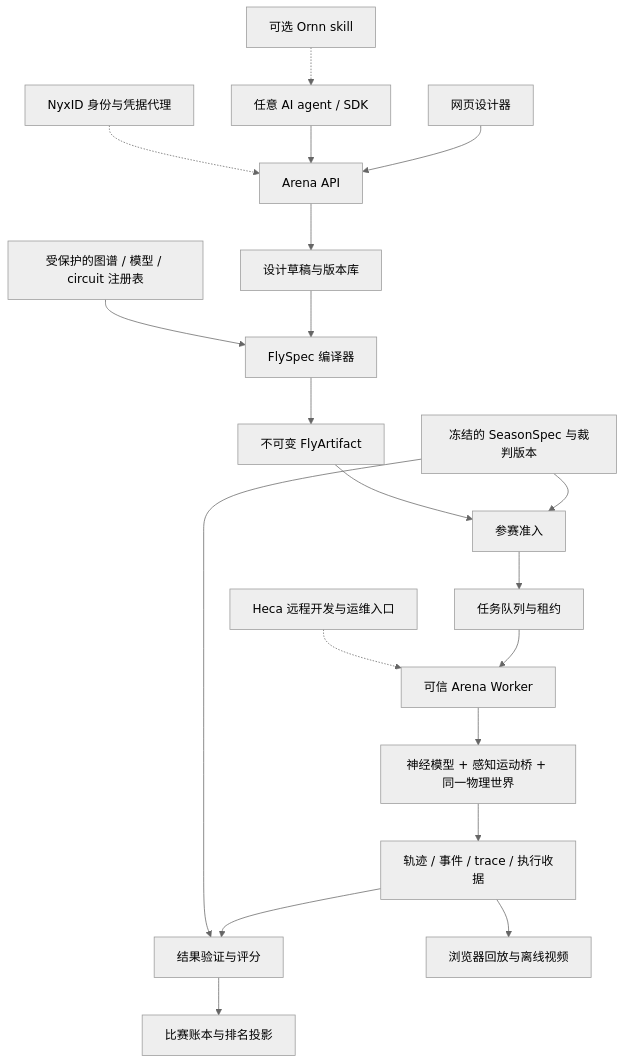
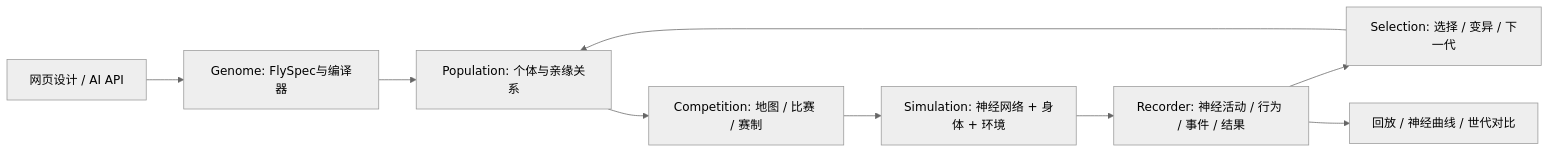
One commit to the-omega-institute/fly-arena changed the diagram in docs/ARCHITECTURE.md. Above: the diagram before and after it, drawn with Mermaid (neutral theme). The commit also changed other lines of this file and 8 other files, not shown here.

````diff
--- a/docs/ARCHITECTURE.md
+++ b/docs/ARCHITECTURE.md
@@ -25,22 +11,11 @@
 ```mermaid
-flowchart TB
-    Web[网页设计器] --> API[Arena API]
-    Agent[任意 AI agent / SDK] --> API
-    Ornn[可选 Ornn skill] -.-> Agent
-    NyxID[NyxID 身份与凭据代理] -.-> API
-    API --> Draft[设计草稿与版本库]
-    Draft --> Compiler[FlySpec 编译器]
-    Registry[受保护的图谱 / 模型 / circuit 注册表] --> Compiler
-    Season[冻结的 SeasonSpec 与裁判版本] --> Admission[参赛准入]
-    Compiler --> Artifact[不可变 FlyArtifact]
-    Artifact --> Admission
-    Admission --> Queue[任务队列与租约]
-    Queue --> Worker[可信 Arena Worker]
-    Worker --> Core[神经模型 + 感知运动桥 + 同一物理世界]
-    Core --> Evidence[轨迹 / 事件 / trace / 执行收据]
-    Evidence --> Judge[结果验证与评分]
-    Season --> Judge
-    Judge --> Ledger[比赛账本与排名投影]
-    Evidence --> Viewer[浏览器回放与离线视频]
-    Heca[Heca 远程开发与运维入口] -.-> Worker
+flowchart LR
+  H[网页设计 / AI API] --> G[Genome: FlySpec与编译器]
+  G --> P[Population: 个体与亲缘关系]
+  P --> M[Competition: 地图 / 比赛 / 赛制]
+  M --> S[Simulation: 神经网络 + 身体 + 环境]
+  S --> R[Recorder: 神经活动 / 行为 / 事件 / 结果]
+  R --> E[Selection: 选择 / 变异 / 下一代]
+  E --> P
+  R --> V[回放 / 神经曲线 / 世代对比]
 ```
````
